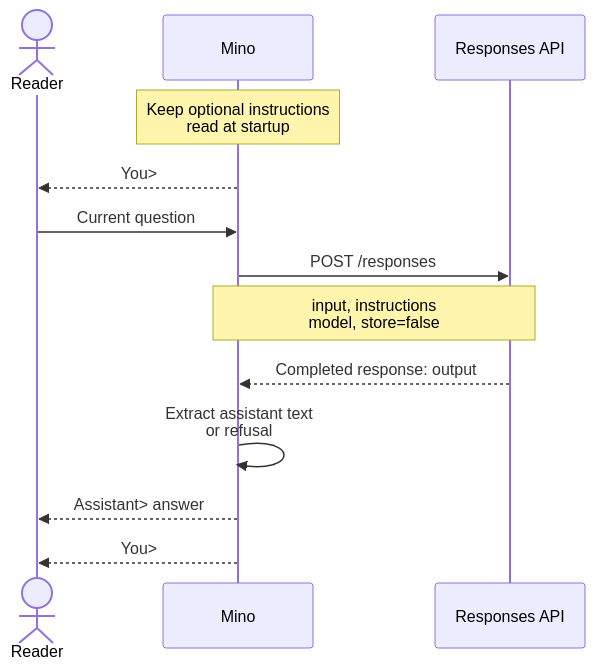
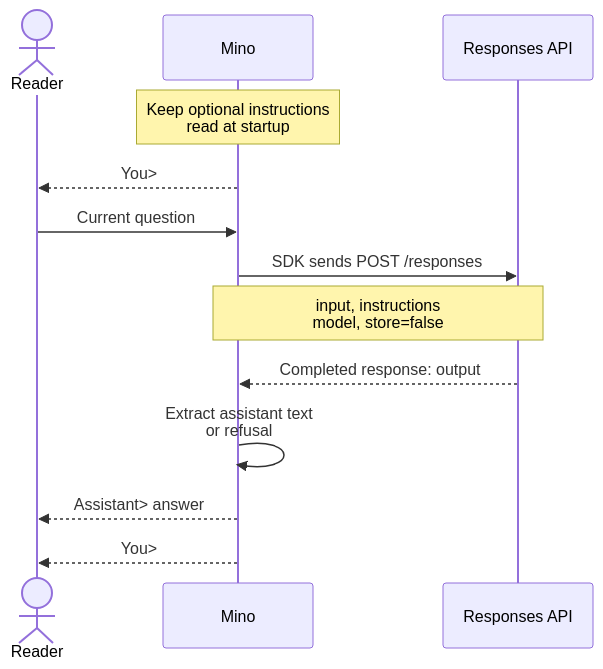
Before and after one commit to qshine/mino: the diagram in docs/books/en/chapters/01-terminal-chat.md, drawn with Mermaid. The commit also changed other lines of this file and 36 other files, not shown here.

Commit message:
refactor: rebuild chapter 01 with internal packages and OpenAI SDK

````diff
--- a/docs/books/en/chapters/01-terminal-chat.md
+++ b/docs/books/en/chapters/01-terminal-chat.md
@@ -36,17 +36,17 @@
 ```mermaid
 sequenceDiagram
     accTitle: One question through Mino
-    accDescr: Mino retains optional instructions at startup, prompts for a question, sends the current input to the Responses API, extracts assistant text from the completed response, and displays it before prompting again.
+    accDescr: Mino retains optional instructions at startup, prompts for a question, sends the current input through the OpenAI Go SDK to the Responses API, extracts assistant text from the completed response, and displays it before prompting again.
     actor User as Reader
     participant Mino as Mino
     participant API as Responses API
     Note over Mino: Keep optional instructions<br/>read at startup
     Mino-->>User: You>
     User->>Mino: Current question
-    Mino->>API: POST /responses
+    Mino->>API: SDK sends POST /responses
     Note over Mino,API: input, instructions<br/>model, store=false
     API-->>Mino: Completed response: output
     Mino->>Mino: Extract assistant text<br/>or refusal
     Mino-->>User: Assistant> answer
     Mino-->>User: You>
 ```
````
